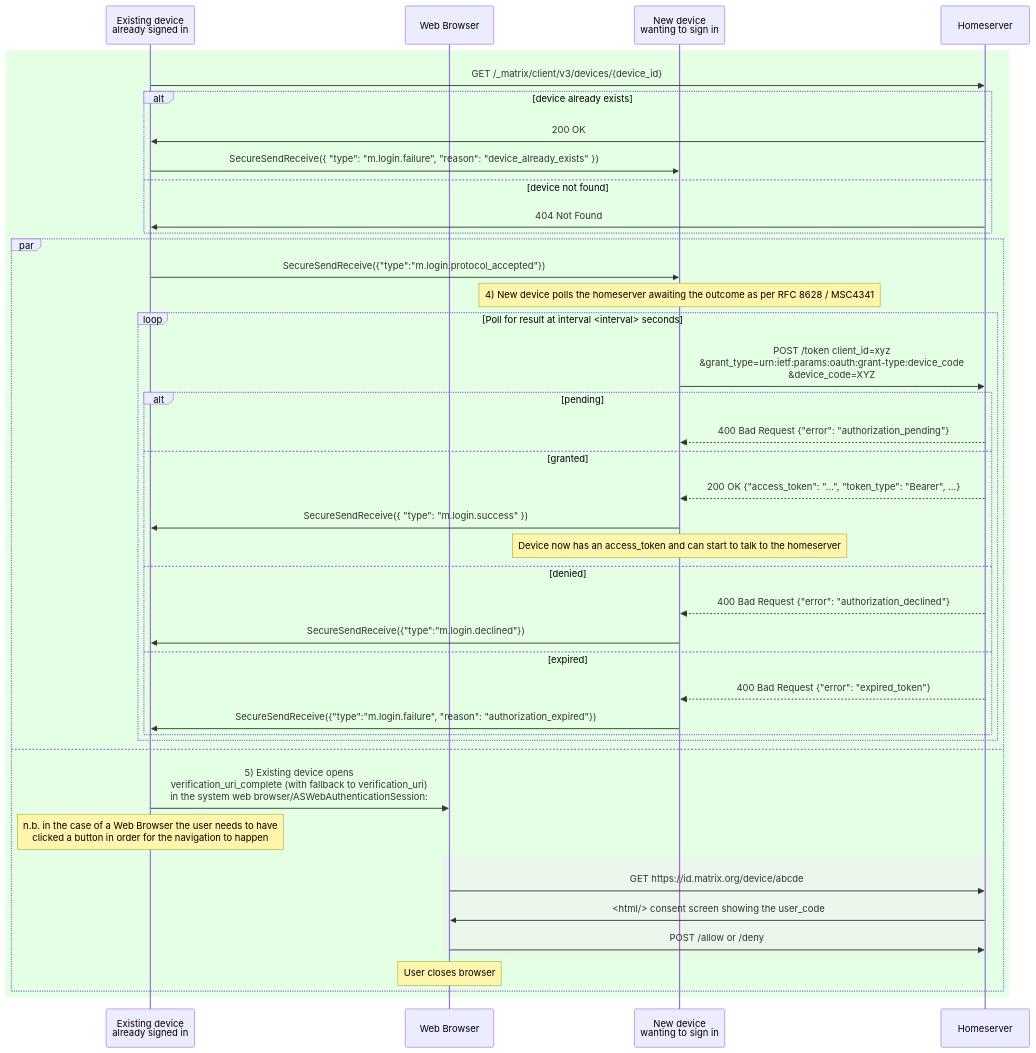
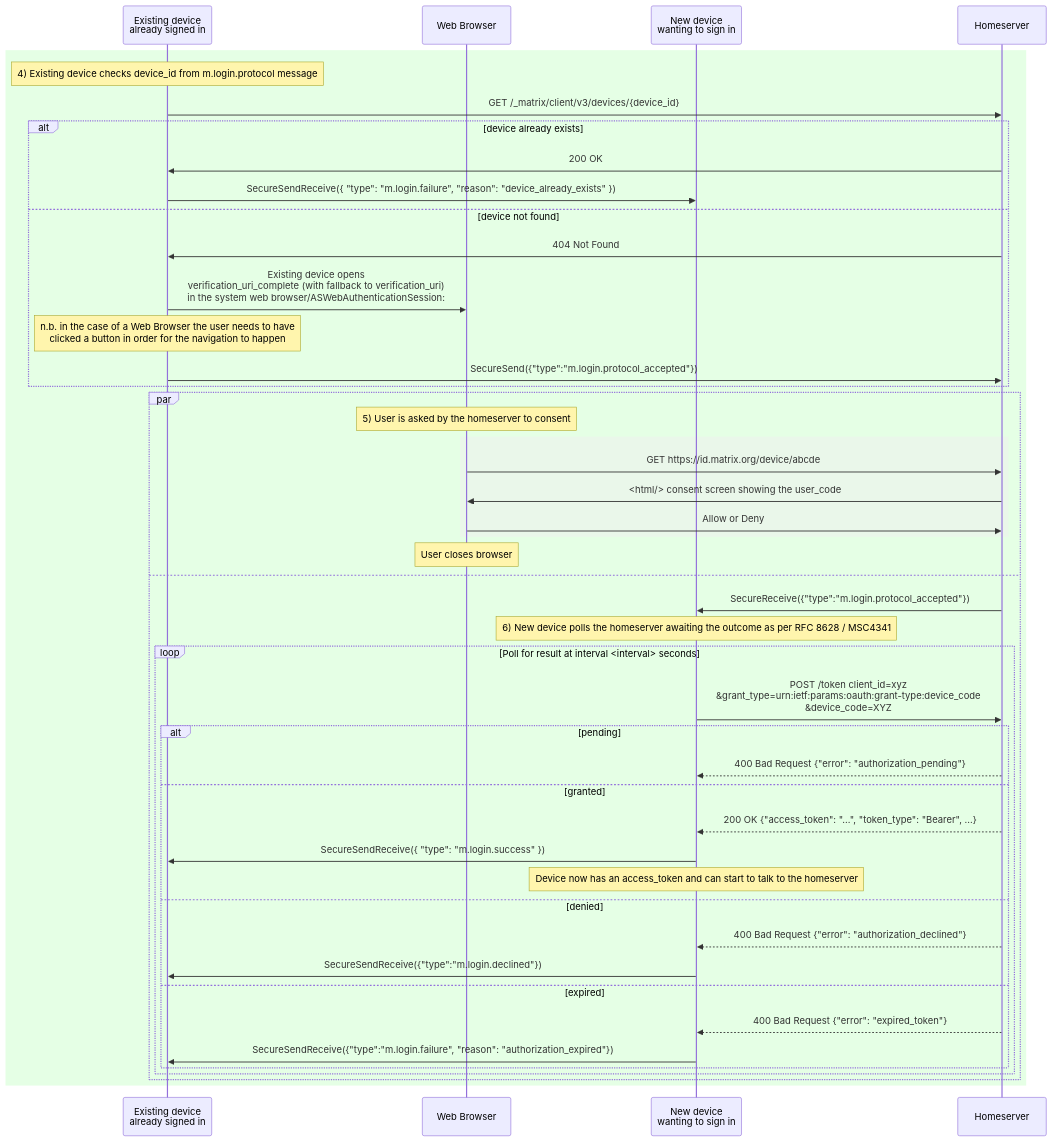
One commit to matrix-org/matrix-spec-proposals changed the fifth of 6 diagrams in proposals/4108-oidc-qr-login.md. Above: the diagram before and after it, drawn with Mermaid. The commit also changed other lines of this file, not shown here.

Commit message:
Split out steps and reorder for clarity

````diff
--- a/proposals/4108-oidc-qr-login.md
+++ b/proposals/4108-oidc-qr-login.md
@@ -1018,47 +1020,49 @@
 ```mermaid
 sequenceDiagram
     participant E as Existing device <br>already signed in
     participant UA as Web Browser
     participant N as New device <br>wanting to sign in
     participant HS as Homeserver
 
     rect rgba(0,255,0, 0.1)
-
+        note over E: 4) Existing device checks device_id from m.login.protocol message
         E->>HS: GET /_matrix/client/v3/devices/{device_id}
         alt device already exists
             HS->>E: 200 OK
             E->>N: SecureSendReceive({ "type": "m.login.failure", "reason": "device_already_exists" })
         else device not found
             HS->>E: 404 Not Found
+            E->>UA: Existing device opens <br>verification_uri_complete (with fallback to verification_uri)<br> in the system web browser/ASWebAuthenticationSession:
+            Note over E: n.b. in the case of a Web Browser the user needs to have<br> clicked a button in order for the navigation to happen
+            E->>HS: SecureSend({"type":"m.login.protocol_accepted"})
         end
         par
-            E->>N: SecureSendReceive({"type":"m.login.protocol_accepted"})
-        note over N: 4) New device polls the homeserver awaiting the outcome as per RFC 8628 / MSC4341
+            Note over UA: 5) User is asked by the homeserver to consent
+            rect rgba(240,240,240,0.5)
+                UA->>HS: GET https://id.matrix.org/device/abcde
+                HS->>UA: <html/> consent screen showing the user_code
+                UA->>HS: Allow or Deny
+            end
+            Note over UA: User closes browser
+        and
+            HS->>N: SecureReceive({"type":"m.login.protocol_accepted"})
+        note over N: 6) New device polls the homeserver awaiting the outcome as per RFC 8628 / MSC4341
             loop Poll for result at interval <interval> seconds
                 N->>HS: POST /token client_id=xyz<br>&grant_type=urn:ietf:params:oauth:grant-type:device_code<br>&device_code=XYZ
                 alt pending
                     HS-->>N: 400 Bad Request {"error": "authorization_pending"}
                 else granted
                     HS-->>N: 200 OK {"access_token": "...", "token_type": "Bearer", ...}
                     N->>E: SecureSendReceive({ "type": "m.login.success" })
                     Note over N: Device now has an access_token and can start to talk to the homeserver
                 else denied
                     HS-->>N: 400 Bad Request {"error": "authorization_declined"}
                     N->>E: SecureSendReceive({"type":"m.login.declined"})
                 else expired
                     HS-->>N: 400 Bad Request {"error": "expired_token"}
                     N->>E: SecureSendReceive({"type":"m.login.failure", "reason": "authorization_expired"})
                 end
             end
-        and
-            E->>UA: 5) Existing device opens <br>verification_uri_complete (with fallback to verification_uri)<br> in the system web browser/ASWebAuthenticationSession:
-            Note over E: n.b. in the case of a Web Browser the user needs to have<br> clicked a button in order for the navigation to happen
-            rect rgba(240,240,240,0.5)
-                UA->>HS: GET https://id.matrix.org/device/abcde
-                HS->>UA: <html/> consent screen showing the user_code
-                UA->>HS: POST /allow or /deny
-            end
-            Note over UA: User closes browser
         end
     end
 ```
````
